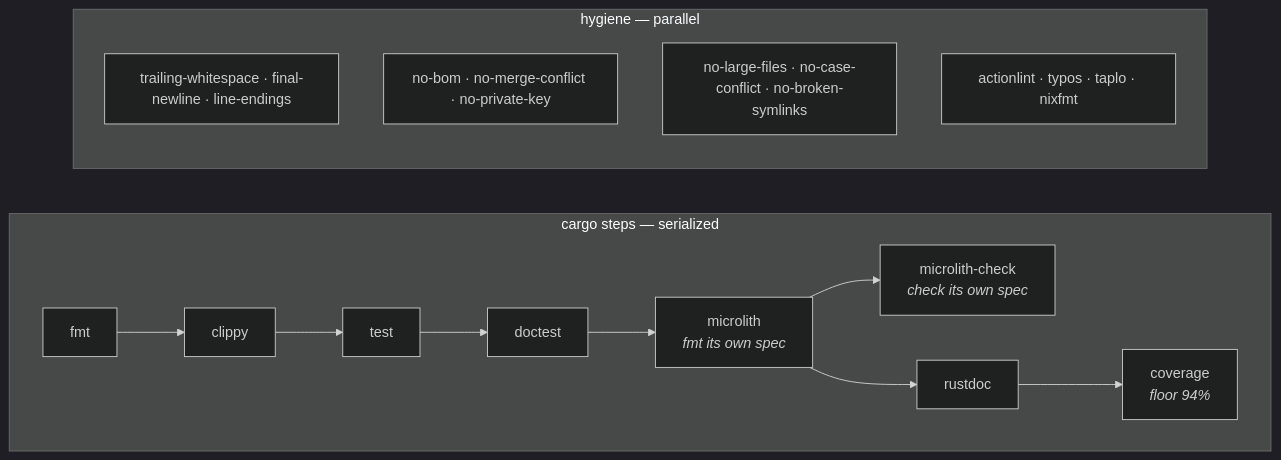
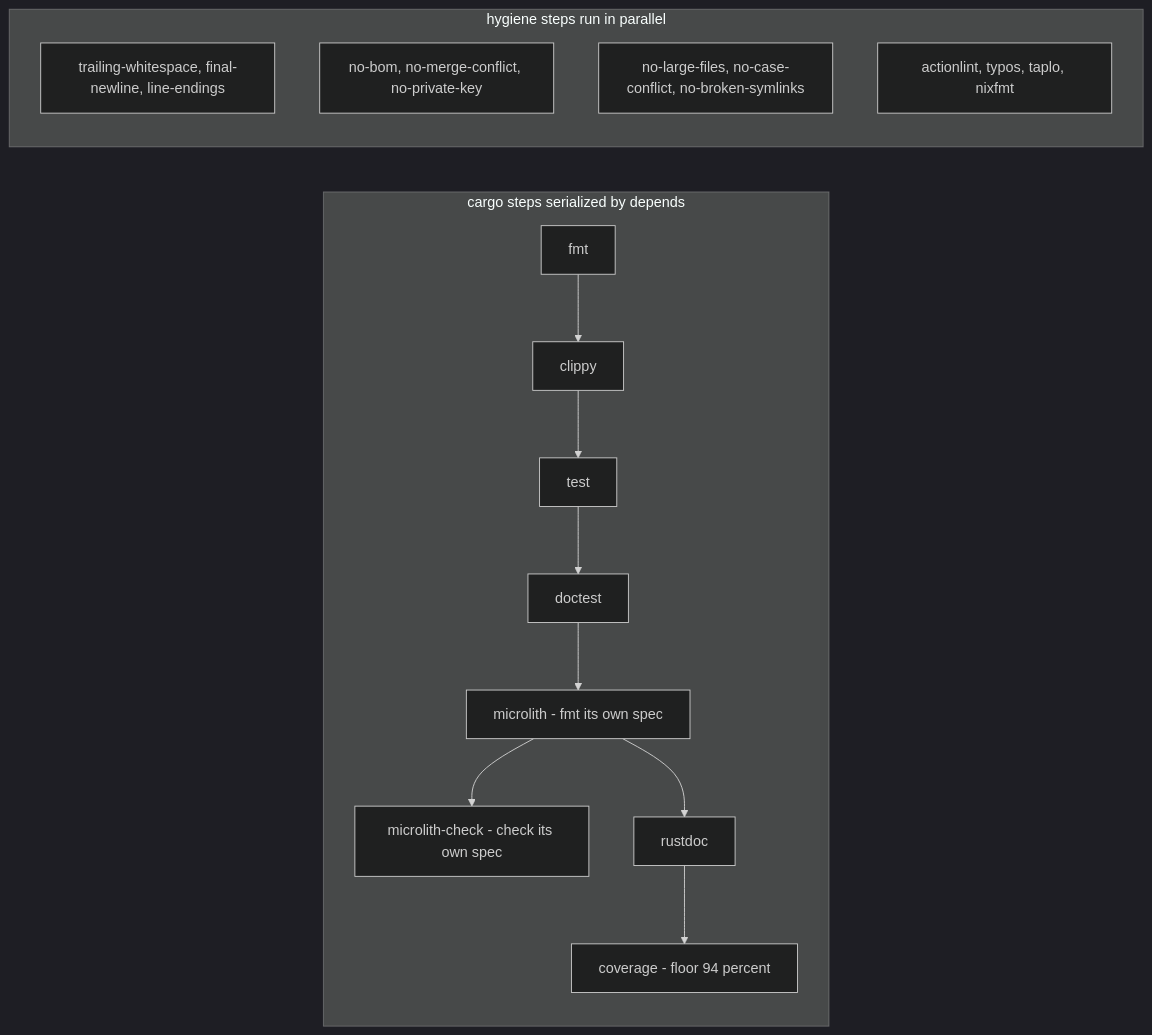
One commit to pr0d1r2/microlith changed the third of 4 diagrams in INTEGRATION.md. Above: the diagram before and after it, drawn with Mermaid (dark theme). The commit also changed other lines of this file, not shown here.

First line of the commit message:
docs(integration): mermaid that renders on GitLab too, not only GitHub

````diff
--- a/INTEGRATION.md
+++ b/INTEGRATION.md
@@ -77,16 +75,15 @@
 ```mermaid
-flowchart LR
-    subgraph cargo["cargo steps — serialized"]
-        direction LR
-        FMT["fmt"] --> CLIPPY["clippy"] --> TEST["test"] --> DOC["doctest"] --> ML["microlith<br/><i>fmt its own spec</i>"]
-        ML --> MLC["microlith-check<br/><i>check its own spec</i>"]
-        ML --> RD["rustdoc"] --> COV["coverage<br/><i>floor 94%</i>"]
+graph LR
+    subgraph cargo steps serialized by depends
+        FMT["fmt"] --> CLIPPY["clippy"] --> TEST["test"] --> DOC["doctest"]
+        DOC --> ML["microlith - fmt its own spec"]
+        ML --> MLC["microlith-check - check its own spec"]
+        ML --> RD["rustdoc"] --> COV["coverage - floor 94 percent"]
     end
-    subgraph hyg["hygiene — parallel"]
-        direction TB
-        H1["trailing-whitespace · final-newline · line-endings"]
-        H2["no-bom · no-merge-conflict · no-private-key"]
-        H3["no-large-files · no-case-conflict · no-broken-symlinks"]
-        H4["actionlint · typos · taplo · nixfmt"]
+    subgraph hygiene steps run in parallel
+        H1["trailing-whitespace, final-newline, line-endings"]
+        H2["no-bom, no-merge-conflict, no-private-key"]
+        H3["no-large-files, no-case-conflict, no-broken-symlinks"]
+        H4["actionlint, typos, taplo, nixfmt"]
     end
 ```
````
